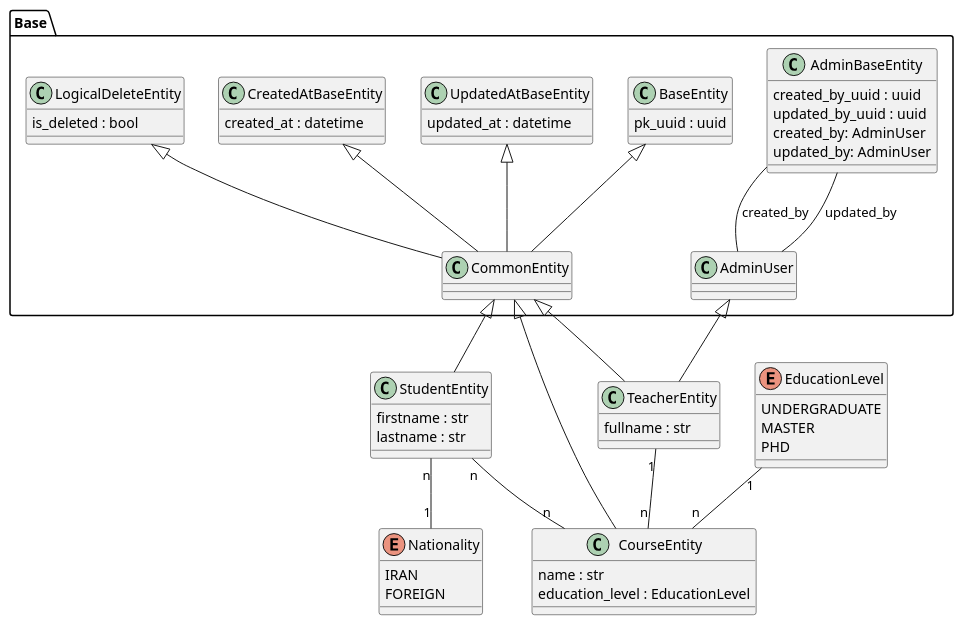
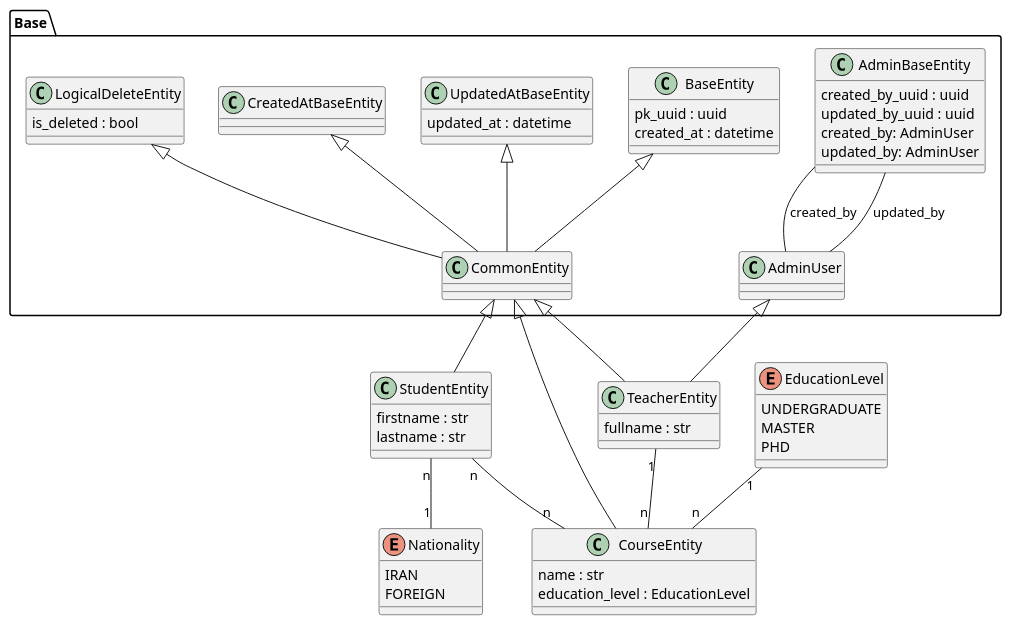
One commit to einali/Sample-FastAPI-SQLModel-3Tier-Boilerplate changed the diagram in docs/DataModel.puml. Above: the diagram before and after it, drawn with PlantUML. The commit also changed 1 other file, not shown here.

```diff
--- a/docs/DataModel.puml
+++ b/docs/DataModel.puml
@@ -1,88 +1,87 @@
 @startuml
 
 package Base {
 
     class BaseEntity {
         pk_uuid : uuid
+        created_at : datetime
+
     }
 
-    class CreatedAtBaseEntity{
-        created_at : datetime
-    }
 
     class UpdatedAtBaseEntity{
         updated_at : datetime
     }
 
 
     class LogicalDeleteEntity{
         is_deleted : bool
     }
 
     class CommonEntity{}
 
     class AdminUser{}
 
 
     class AdminBaseEntity{
         created_by_uuid : uuid
         updated_by_uuid : uuid
         created_by: AdminUser
         updated_by: AdminUser
     }
 
 
 
 CommonEntity -up-|> LogicalDeleteEntity
 CommonEntity -up-|> CreatedAtBaseEntity
 CommonEntity -up-|> UpdatedAtBaseEntity
 CommonEntity -up-|> BaseEntity
 
 AdminBaseEntity -- AdminUser : created_by
 AdminBaseEntity -- AdminUser : updated_by
 
 }
 
 
 class StudentEntity{
     firstname : str
     lastname : str
 }
 
 class CourseEntity{
     name : str
     education_level : EducationLevel
 }
 
 class TeacherEntity{
     fullname : str
 }
 
 TeacherEntity -up-|> AdminUser
 TeacherEntity -up-|> CommonEntity
 StudentEntity -up-|> CommonEntity
 CourseEntity -up-|> CommonEntity
 
 TeacherEntity "1"--"n" CourseEntity
 StudentEntity "n"--"n" CourseEntity
 StudentEntity "n"--"1" Nationality
 
 
 
 
 
 enum EducationLevel{
     UNDERGRADUATE
     MASTER
     PHD
 }
 
 enum Nationality{
     IRAN
     FOREIGN
 }
 
 
 EducationLevel "1"--"n" CourseEntity
 
 @enduml
```
